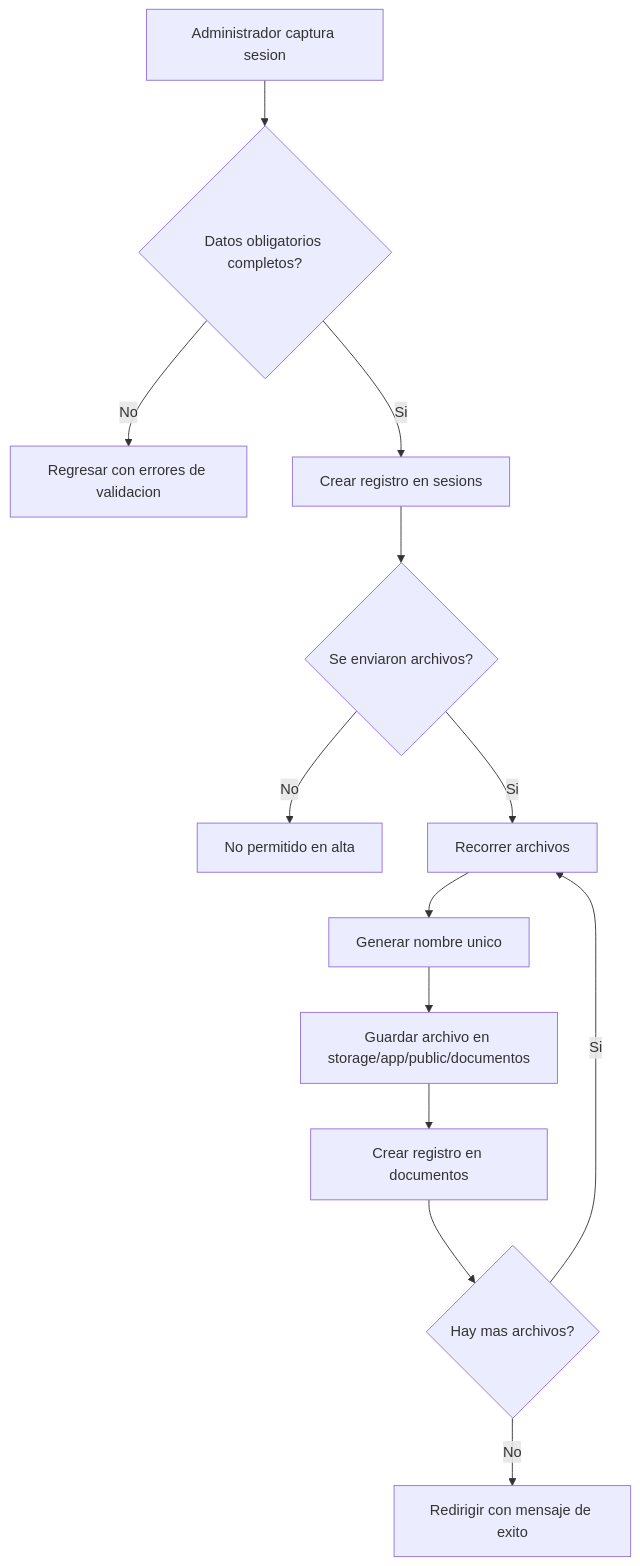
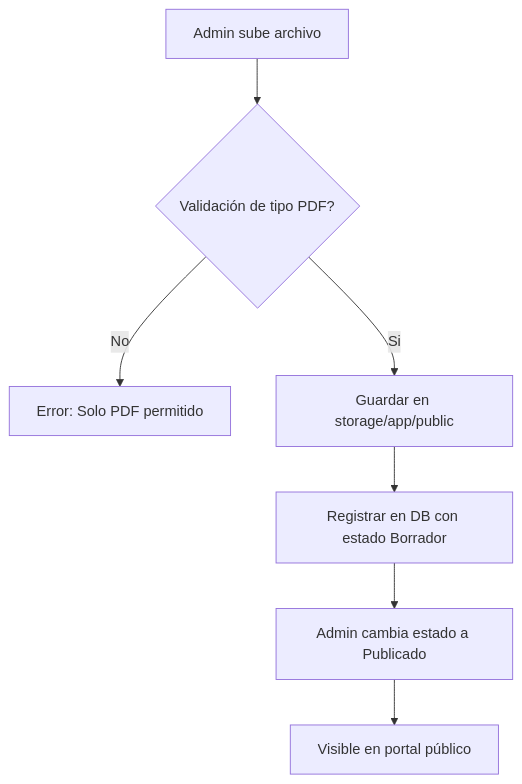
Before and after one commit to ItsNery/planeader-2026: the diagram in README.md, drawn with Mermaid. The commit also changed other lines of this file and 2 other files, not shown here.

````diff
--- a/README.md
+++ b/README.md
@@ -245,15 +104,9 @@
 ```mermaid
 flowchart TD
-    A[Administrador captura sesion] --> B{Datos obligatorios completos?}
-    B -- No --> C[Regresar con errores de validacion]
-    B -- Si --> D[Crear registro en sesions]
-    D --> E{Se enviaron archivos?}
-    E -- No --> F[No permitido en alta]
-    E -- Si --> G[Recorrer archivos]
-    G --> H[Generar nombre unico]
-    H --> I[Guardar archivo en storage/app/public/documentos]
-    I --> J[Crear registro en documentos]
-    J --> K{Hay mas archivos?}
-    K -- Si --> G
-    K -- No --> L[Redirigir con mensaje de exito]
+    A[Admin sube archivo] --> B{Validación de tipo PDF?}
+    B -- No --> C[Error: Solo PDF permitido]
+    B -- Si --> D[Guardar en storage/app/public]
+    D --> E[Registrar en DB con estado Borrador]
+    E --> F[Admin cambia estado a Publicado]
+    F --> G[Visible en portal público]
 ```
````
